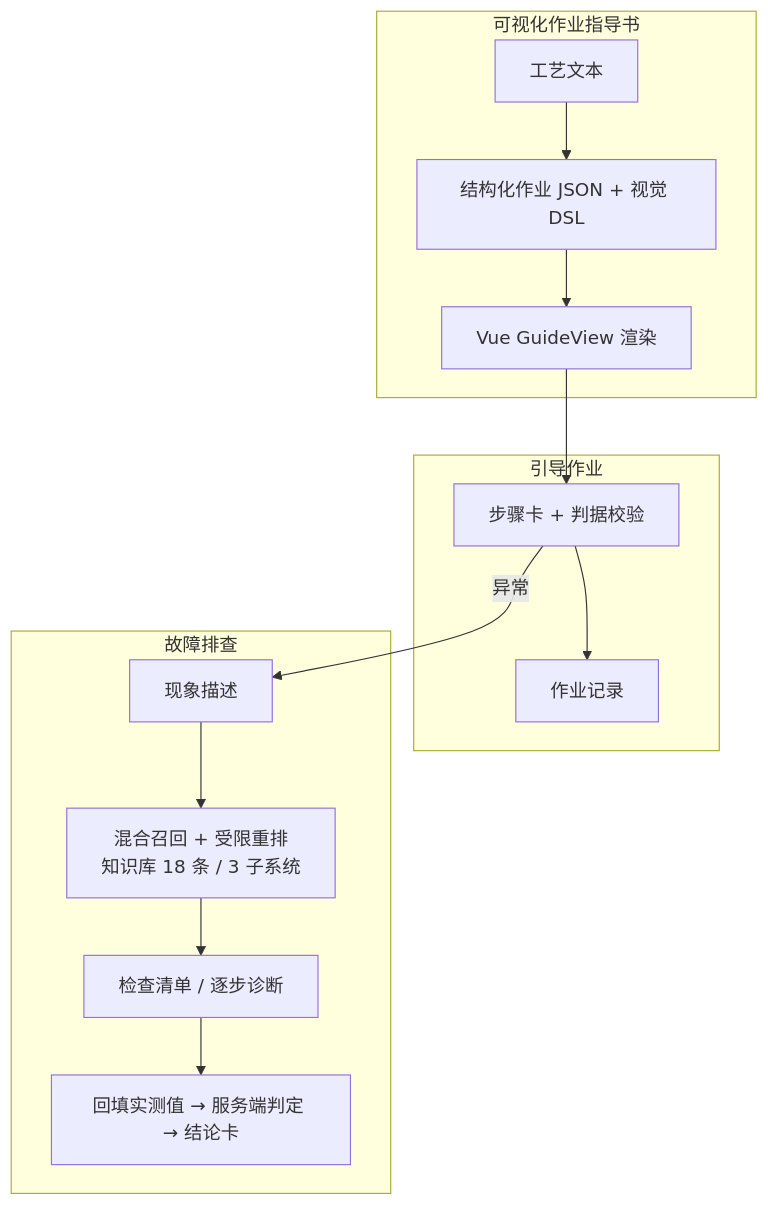
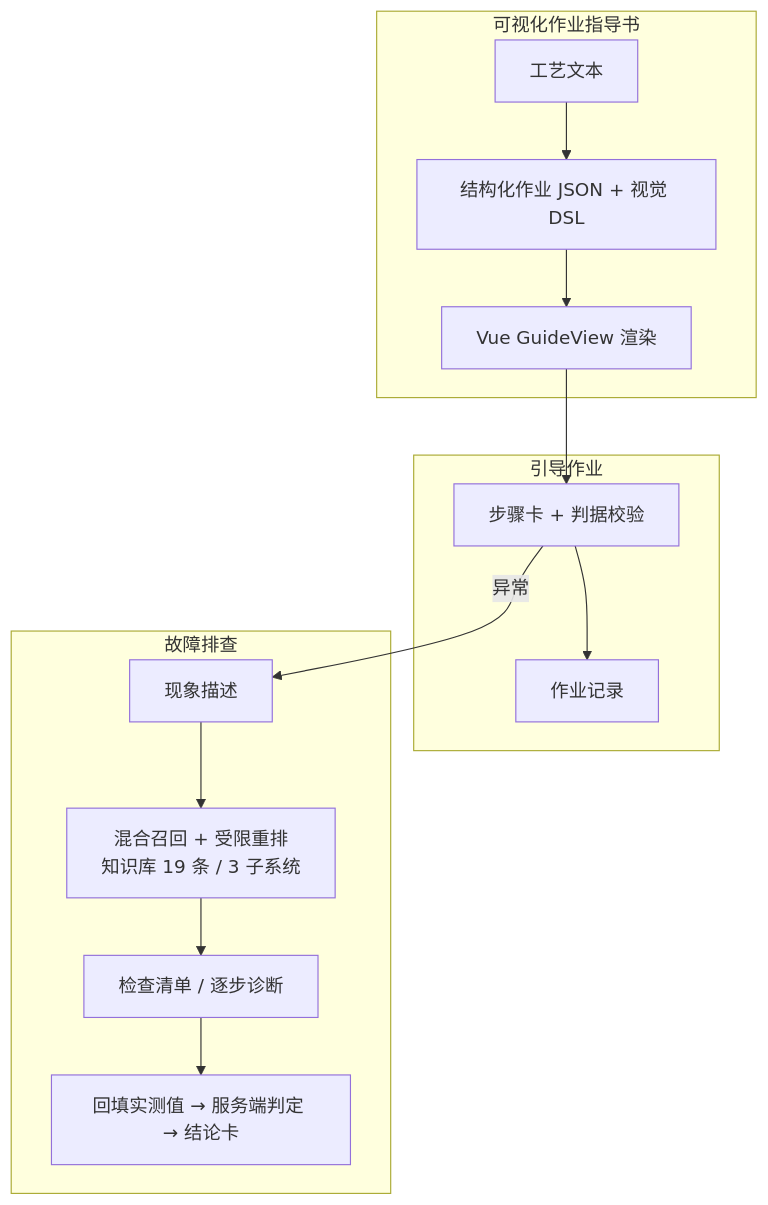
Before and after one commit to wenjian465276871-arch/matrix-hub: the fourth of 4 diagrams in docs/ARCHITECTURE.md, drawn with Mermaid. The commit also changed other lines of this file and 6 other files, not shown here.

````diff
--- a/docs/ARCHITECTURE.md
+++ b/docs/ARCHITECTURE.md
@@ -292,17 +292,17 @@
 ```mermaid
 flowchart TB
   subgraph A2[可视化作业指导书]
     T[工艺文本] --> J[结构化作业 JSON + 视觉 DSL]
     J --> R[Vue GuideView 渲染]
   end
   subgraph A1[引导作业]
     R --> G[步骤卡 + 判据校验]
     G --> REC[作业记录]
   end
   subgraph B[故障排查]
-    P[现象描述] --> K[混合召回 + 受限重排<br/>知识库 18 条 / 3 子系统]
+    P[现象描述] --> K[混合召回 + 受限重排<br/>知识库 19 条 / 3 子系统]
     K --> D2[检查清单 / 逐步诊断]
     D2 --> C2[回填实测值 → 服务端判定 → 结论卡]
   end
   G -->|异常| P
 ```
````
